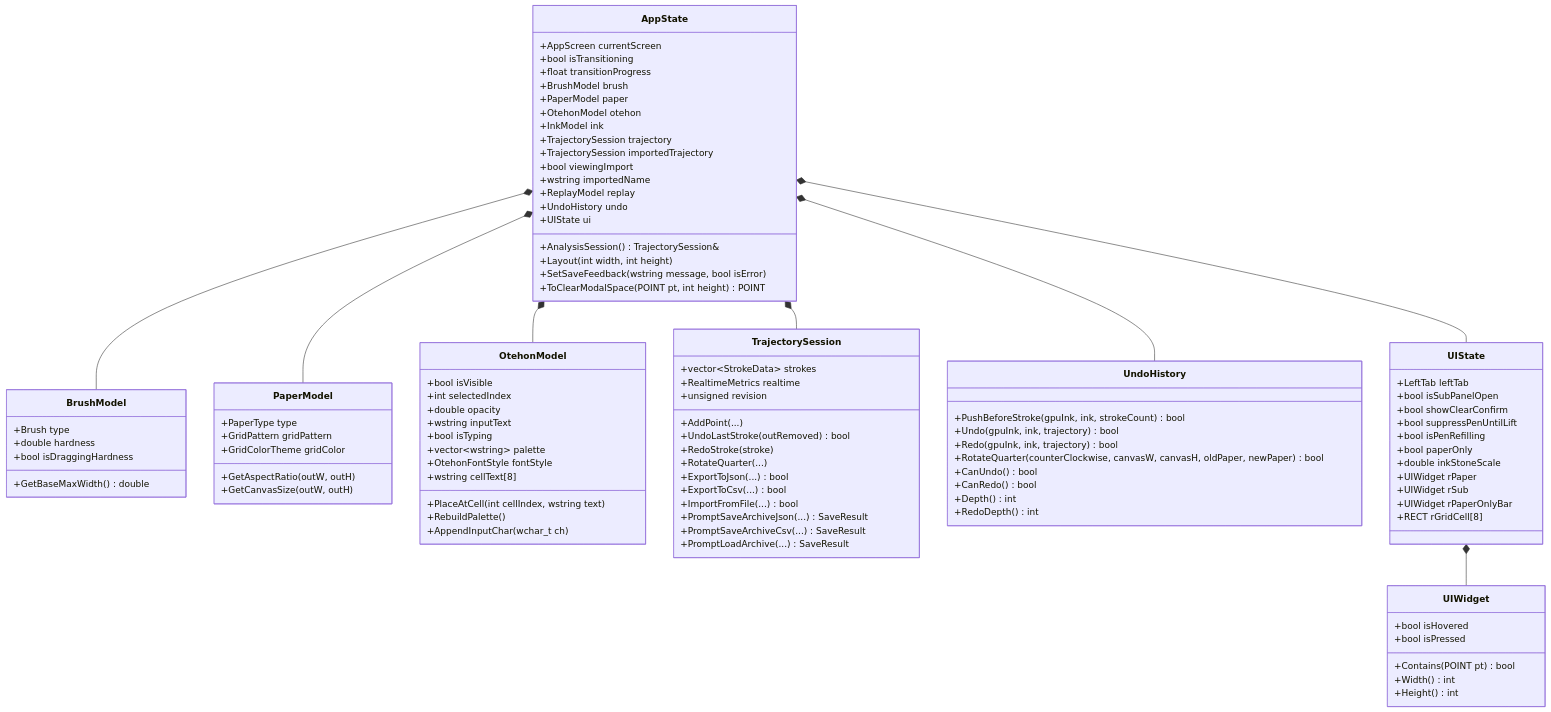
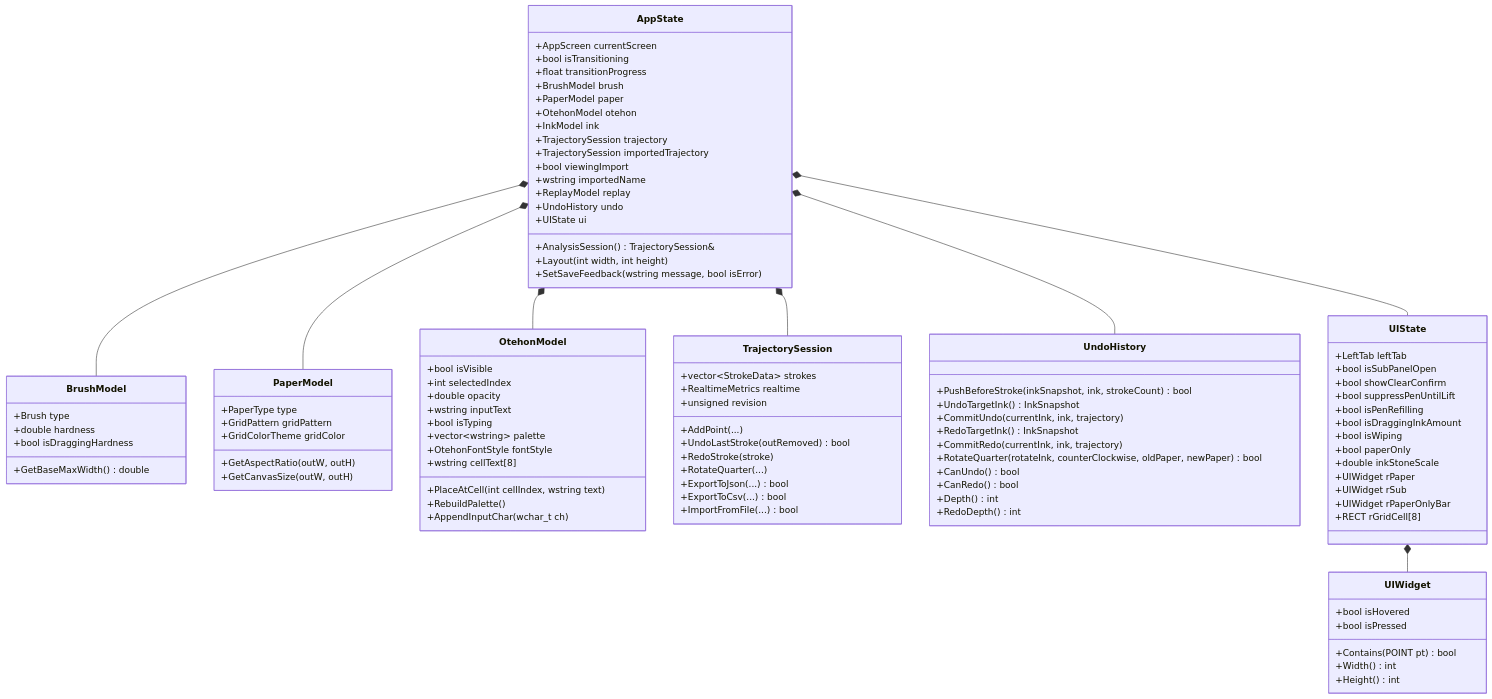
One commit to OkuboKazuki/Fude_Sense changed the diagram in learn/models.md. Above: the diagram before and after it, drawn with Mermaid. The commit also changed other lines of this file and 6 other files, not shown here.

```diff
--- a/learn/models.md
+++ b/learn/models.md
@@ -28,7 +28,6 @@
         +AnalysisSession() TrajectorySession&
         +Layout(int width, int height)
         +SetSaveFeedback(wstring message, bool isError)
-        +ToClearModalSpace(POINT pt, int height) POINT
     }
 
     class BrushModel {
@@ -71,16 +70,15 @@
         +ExportToJson(...) bool
         +ExportToCsv(...) bool
         +ImportFromFile(...) bool
-        +PromptSaveArchiveJson(...) SaveResult
-        +PromptSaveArchiveCsv(...) SaveResult
-        +PromptLoadArchive(...) SaveResult
     }
 
     class UndoHistory {
-        +PushBeforeStroke(gpuInk, ink, strokeCount) bool
-        +Undo(gpuInk, ink, trajectory) bool
-        +Redo(gpuInk, ink, trajectory) bool
-        +RotateQuarter(counterClockwise, canvasW, canvasH, oldPaper, newPaper) bool
+        +PushBeforeStroke(inkSnapshot, ink, strokeCount) bool
+        +UndoTargetInk() InkSnapshot
+        +CommitUndo(currentInk, ink, trajectory)
+        +RedoTargetInk() InkSnapshot
+        +CommitRedo(currentInk, ink, trajectory)
+        +RotateQuarter(rotateInk, counterClockwise, oldPaper, newPaper) bool
         +CanUndo() bool
         +CanRedo() bool
         +Depth() int
@@ -93,6 +91,8 @@
         +bool showClearConfirm
         +bool suppressPenUntilLift
         +bool isPenRefilling
+        +bool isDraggingInkAmount
+        +bool isWiping
         +bool paperOnly
         +double inkStoneScale
         +UIWidget rPaper
```
